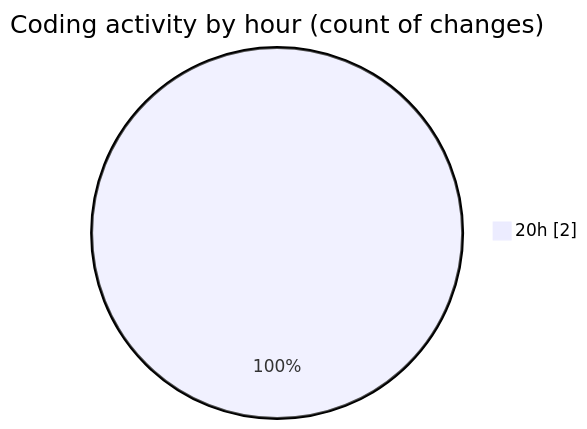
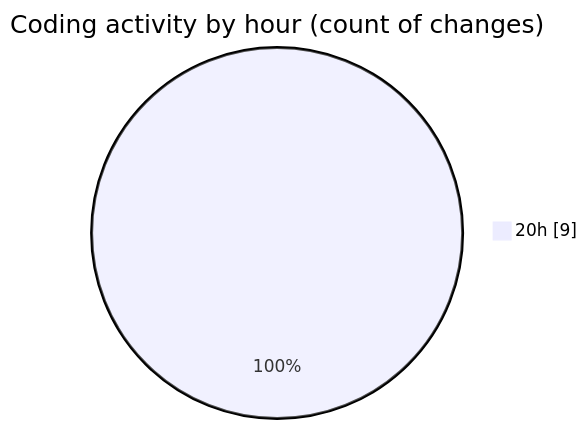
Before and after one commit to Netris89/code-tracking: the second of 2 diagrams in 2025-10-15/skintrack/README.md, drawn with Mermaid. The commit also changed other lines of this file and 1 other file, not shown here.

````diff
--- a/2025-10-15/skintrack/README.md
+++ b/2025-10-15/skintrack/README.md
@@ -28,5 +32,5 @@
 ```mermaid
 pie showData
 title Coding activity by hour (count of changes)
-"20h" : 2
+"20h" : 9
 ```
````
